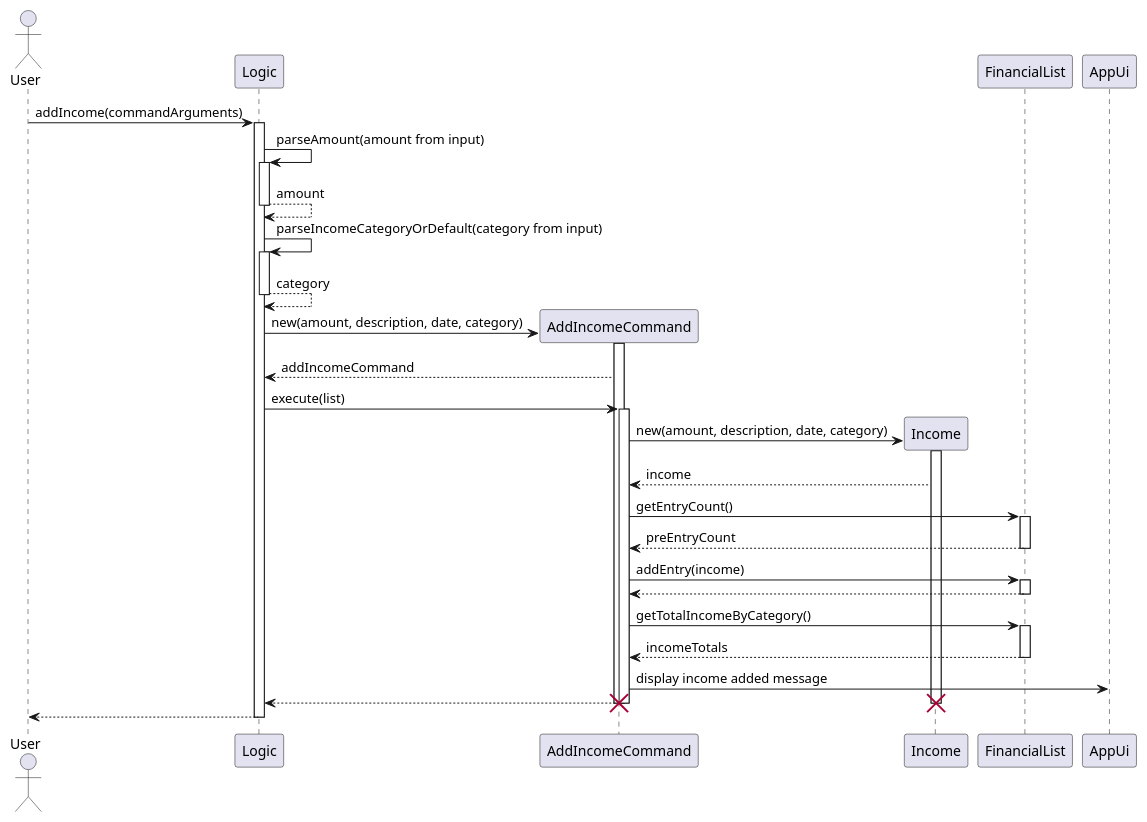
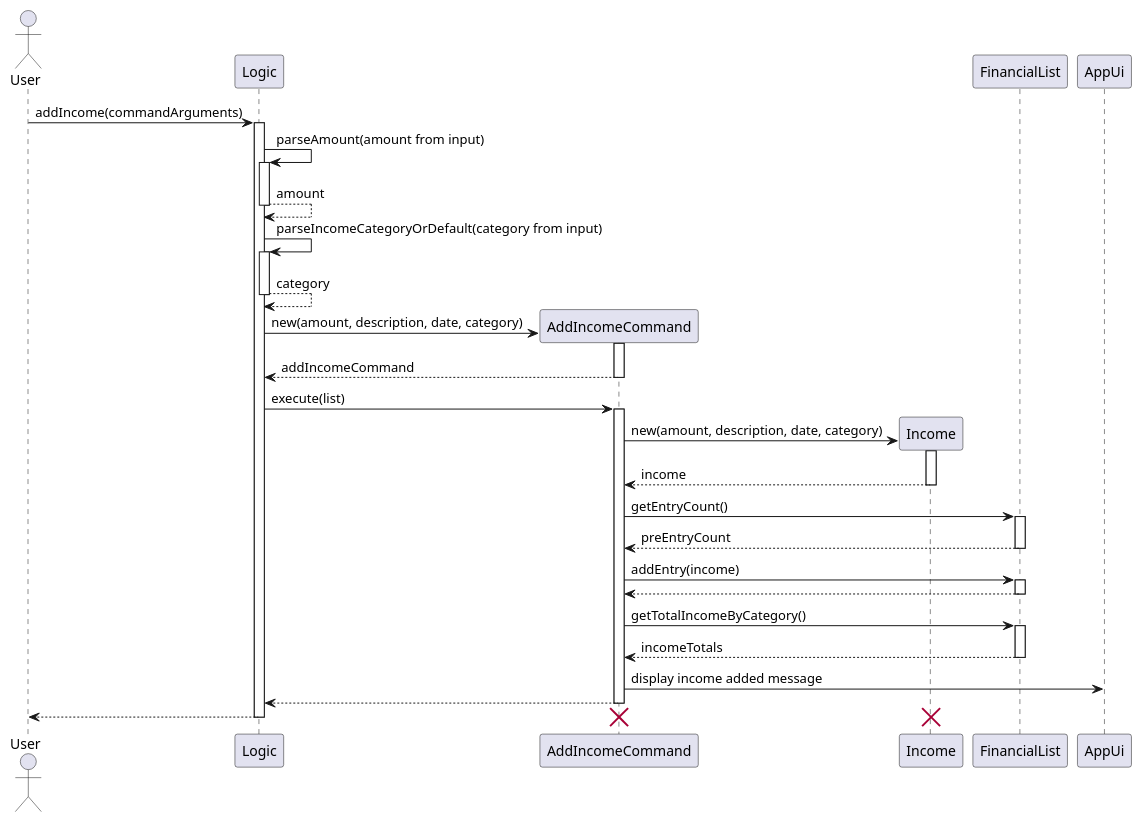
The diagram in docs/UML/addIncomeCommandSequence.puml (nus-cs2113-AY2425S1/tp), drawn with PlantUML before and after one commit. The commit also changed 3 other files, not shown here.

Commit message:
UML sequence diagram update

```diff
--- a/docs/UML/addIncomeCommandSequence.puml
+++ b/docs/UML/addIncomeCommandSequence.puml
@@ -1,51 +1,48 @@
 @startuml
 actor User
 participant Logic
 
 User -> Logic: addIncome(commandArguments)
 activate Logic
 
 Logic -> Logic: parseAmount(amount from input)
 activate Logic
 return amount
 
 Logic -> Logic: parseIncomeCategoryOrDefault(category from input)
 activate Logic
 return category
 
 create AddIncomeCommand
 Logic -> AddIncomeCommand: new(amount, description, date, category)
 activate AddIncomeCommand
-AddIncomeCommand --> Logic: addIncomeCommand
+return addIncomeCommand
 Logic -> AddIncomeCommand: execute(list)
 activate AddIncomeCommand
 
 create Income
 AddIncomeCommand -> Income: new(amount, description, date, category)
 activate Income
-Income --> AddIncomeCommand: income
+return income
 
 AddIncomeCommand -> FinancialList: getEntryCount()
 activate FinancialList
-FinancialList --> AddIncomeCommand: preEntryCount
-deactivate FinancialList
+return preEntryCount
 
 AddIncomeCommand -> FinancialList: addEntry(income)
 activate FinancialList
 return
 
 AddIncomeCommand -> FinancialList: getTotalIncomeByCategory()
 activate FinancialList
 return incomeTotals
 
 AddIncomeCommand -> AppUi: display income added message
-AddIncomeCommand --> Logic
-deactivate AddIncomeCommand
-
-deactivate Income
-destroy Income
-deactivate AddIncomeCommand
-destroy AddIncomeCommand
 return
 
+return
+
+destroy Income
+destroy AddIncomeCommand
+
 @enduml
```
